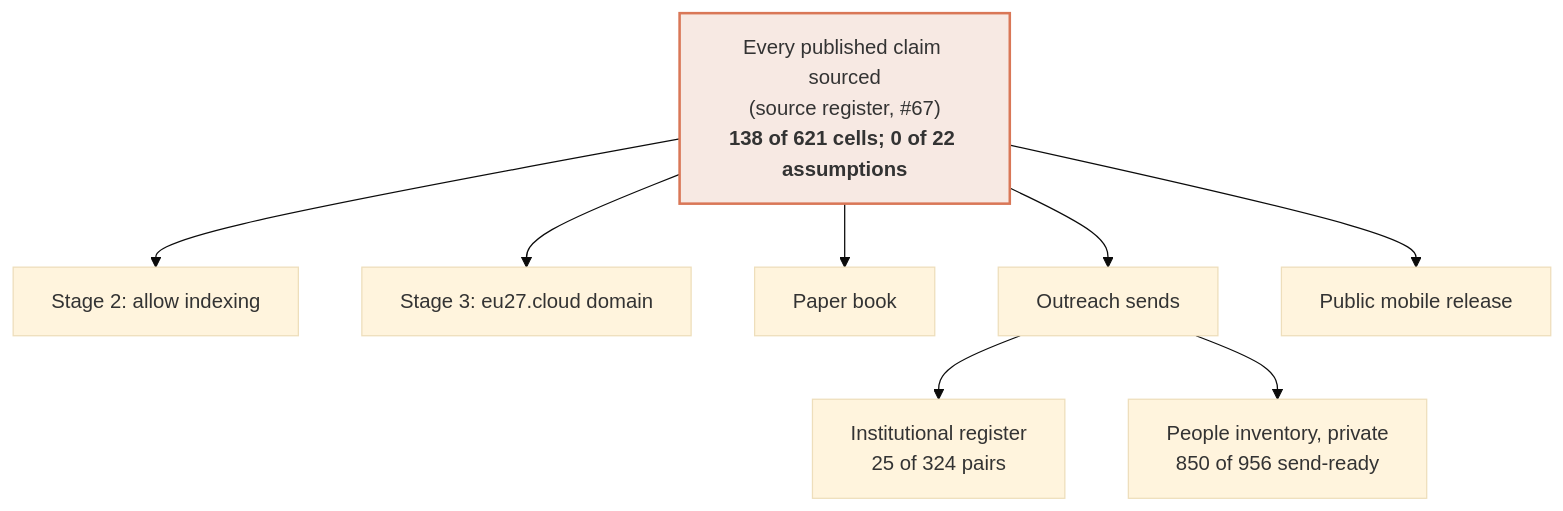
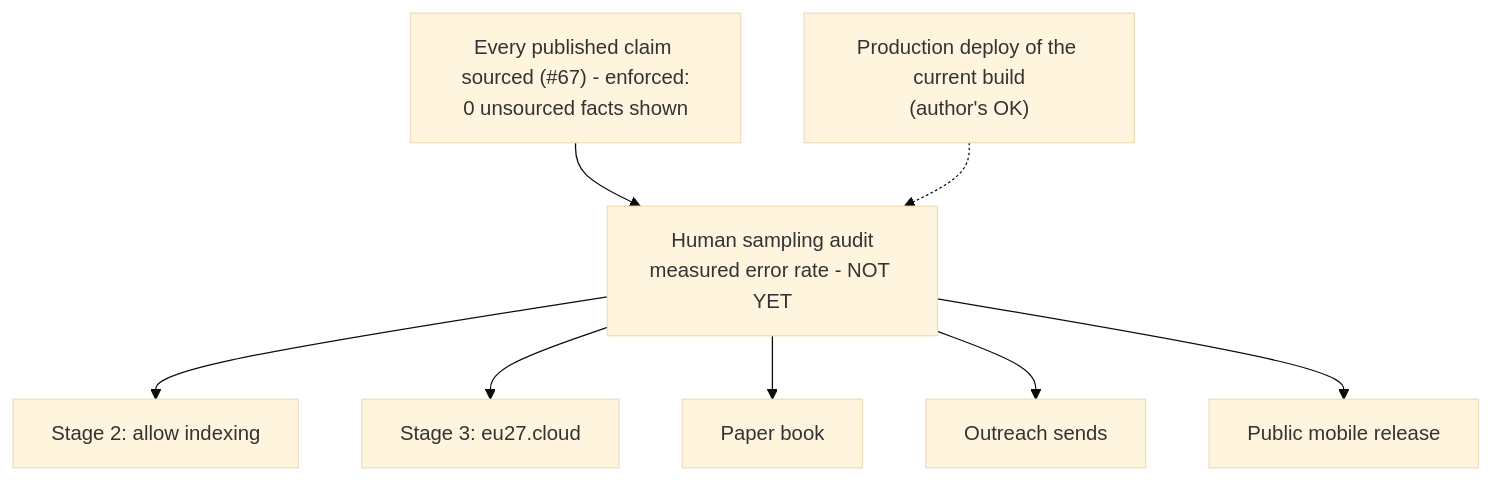
Before and after one commit to EU27-data-sovereignty/eu27-data-sovereignty: the second of 2 diagrams in PROGRESS.md, drawn with Mermaid (base theme). The commit also changed other lines of this file and 79 other files, not shown here.

````diff
--- a/PROGRESS.md
+++ b/PROGRESS.md
@@ -310,14 +268,12 @@
 ```mermaid
 flowchart TD
-    V["Every published claim sourced<br/>(source register, #67)<br/><b>138 of 621 cells; 0 of 22 assumptions</b>"]
-    V --> IDX[Stage 2: allow indexing]
-    V --> DOM["Stage 3: eu27.cloud domain"]
-    V --> BOOK[Paper book]
-    V --> OUT[Outreach sends]
-    V --> REL[Public mobile release]
-
-    OUT --> INST[Institutional register<br/>25 of 324 pairs]
-    OUT --> PEOPLE[People inventory, private<br/>850 of 956 send-ready]
-
-    style V fill:#f7e9e3,stroke:#d97757,stroke-width:2px
+    V["Every published claim sourced (#67) - enforced:<br/>0 unsourced facts shown"]
+    H["Human sampling audit<br/>measured error rate - NOT YET"]
+    V --> H
+    H --> IDX[Stage 2: allow indexing]
+    H --> DOM["Stage 3: eu27.cloud"]
+    H --> BOOK[Paper book]
+    H --> OUT[Outreach sends]
+    H --> REL[Public mobile release]
+    PROD["Production deploy of the current build<br/>(author's OK)"] -.-> H
 ```
````
